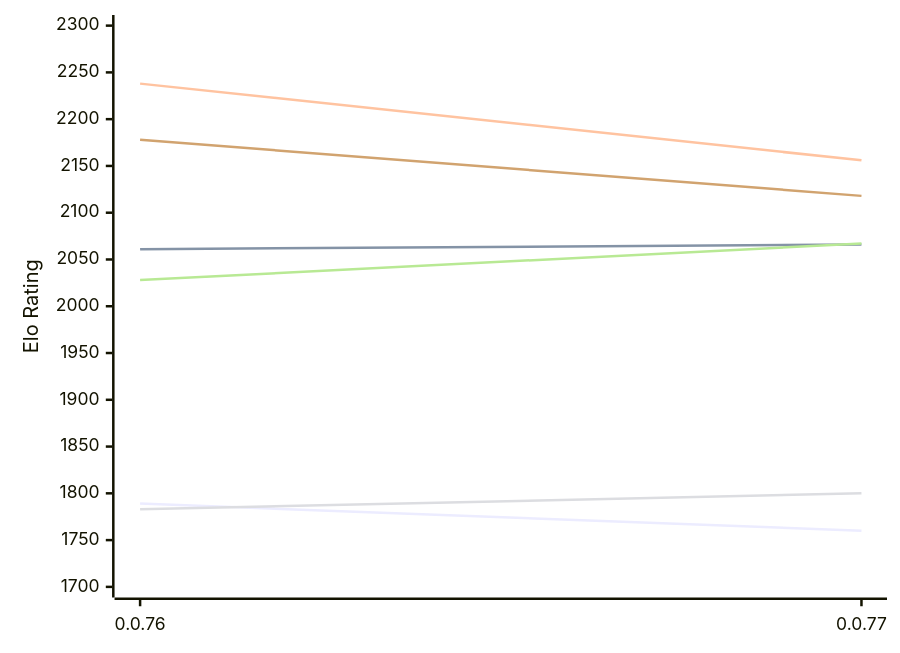
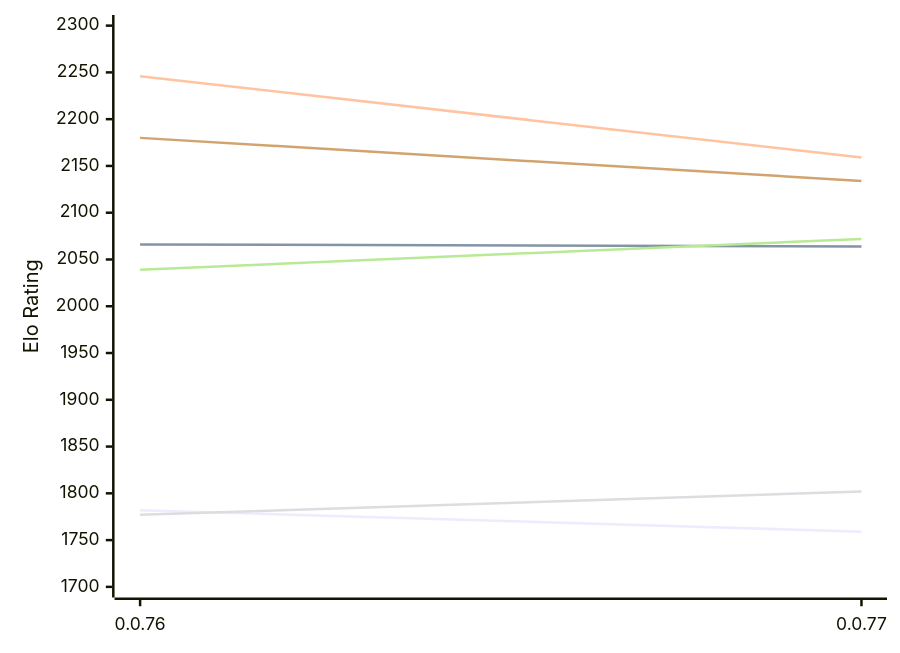
Before and after one commit to computer-chess-index/cci: the first of 2 diagrams in engines/Fktb.md, drawn with Mermaid. The commit also changed other lines of this file, not shown here.

Commit message:
Update CCI Ratings (ELO VLTC) - 2026-11-17

````diff
--- a/engines/Fktb.md
+++ b/engines/Fktb.md
@@ -50,12 +50,12 @@
 ```mermaid
 %%{init: {"theme":"base","themeVariables":{"seriesColors:['#a3a3a3','#222221','#faa371']}}}%%
 xychart-beta
   x-axis ["0.0.76", "0.0.77"]
   y-axis "Elo Rating" 1700 --> 2300
-  line "E1: STC (8.0+0.08s)" [1789, 1760]
-  line "E1: LTC (60.0+0.60s)" [2061, 2066]
-  line "E1: VLTC (2m24s+1.12s)" [2238, 2156]
-  line "P1: STC (8.0+0.08s)" [1783, 1800]
-  line "P1: LTC (60.0+0.60s)" [2028, 2067]
-  line "P1: VLTC (2m24s+1.12s)" [2178, 2118]
+  line "E1: STC (8.0+0.08s)" [1782, 1759]
+  line "E1: LTC (60.0+0.60s)" [2066, 2064]
+  line "E1: VLTC (2m24s+1.12s)" [2246, 2159]
+  line "P1: STC (8.0+0.08s)" [1777, 1802]
+  line "P1: LTC (60.0+0.60s)" [2039, 2072]
+  line "P1: VLTC (2m24s+1.12s)" [2180, 2134]
 ```
````
